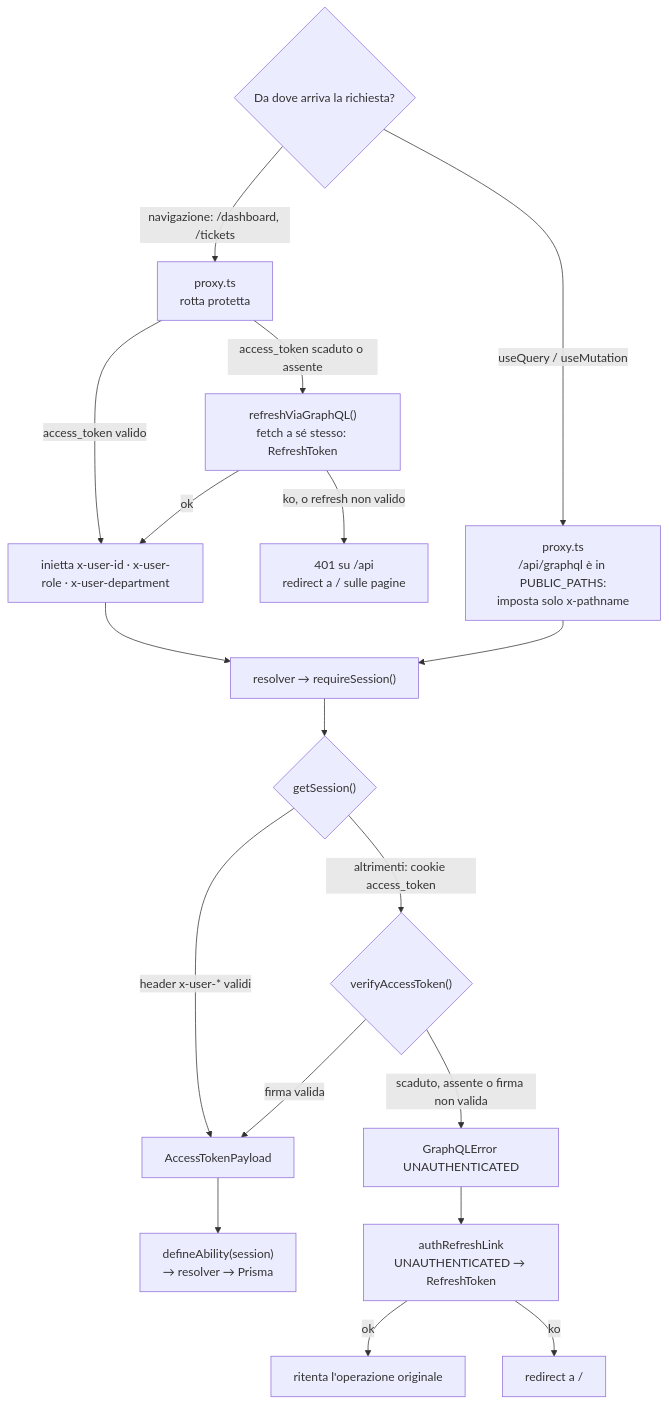
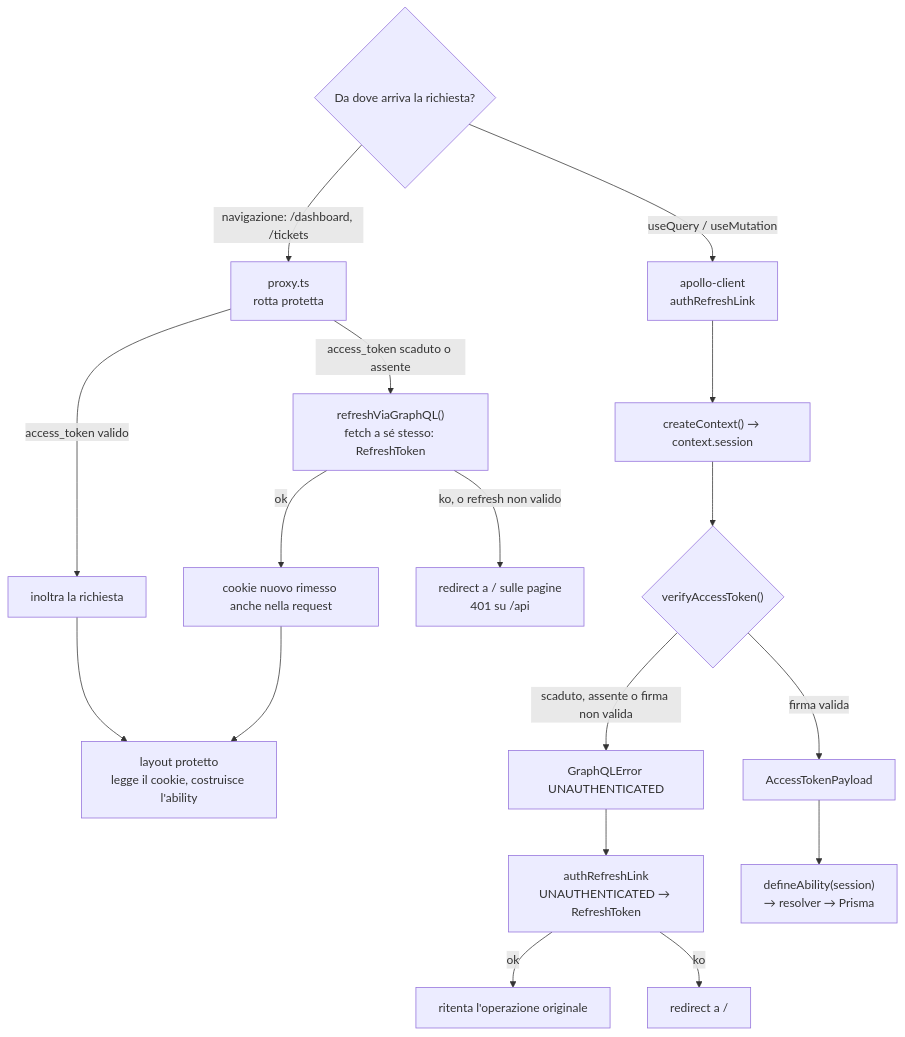
One commit to angelapedicini/helpdesk changed the second of 2 diagrams in docs/architecture/auth.md. Above: the diagram before and after it, drawn with Mermaid. The commit also changed other lines of this file and 34 other files, not shown here.

Commit message:
aggiunto context meso a posto la documentazione. adesso mi concetro sul resto della documentazione con data flow

````diff
--- a/docs/architecture/auth.md
+++ b/docs/architecture/auth.md
@@ -86,27 +93,25 @@
 ```mermaid
 flowchart TD
   Q{"Da dove arriva la richiesta?"}
 
   Q -->|"navigazione: /dashboard, /tickets"| P1["proxy.ts<br/>rotta protetta"]
-  Q -->|"useQuery / useMutation"| P2["proxy.ts<br/>/api/graphql è in PUBLIC_PATHS:<br/>imposta solo x-pathname"]
+  Q -->|"useQuery / useMutation"| P2["apollo-client<br/>authRefreshLink"]
 
-  P1 -->|access_token valido| H["inietta x-user-id · x-user-role · x-user-department"]
+  P1 -->|access_token valido| RQ["inoltra la richiesta"]
   P1 -->|access_token scaduto o assente| RF["refreshViaGraphQL()<br/>fetch a sé stesso: RefreshToken"]
-  RF -->|ok| H
-  RF -->|ko, o refresh non valido| E401["401 su /api<br/>redirect a / sulle pagine"]
+  RF -->|ok| RW["cookie nuovo rimesso anche nella request"]
+  RF -->|ko, o refresh non valido| E401["redirect a / sulle pagine<br/>401 su /api"]
+  RQ --> LAY["layout protetto<br/>legge il cookie, costruisce l'ability"]
+  RW --> LAY
 
-  P2 --> RS["resolver → requireSession()"]
-  H --> RS
-
-  RS --> SS{"getSession()"}
-  SS -->|"header x-user-* validi"| PAY["AccessTokenPayload"]
-  SS -->|"altrimenti: cookie access_token"| V{"verifyAccessToken()"}
-  V -->|firma valida| PAY
-  V -->|scaduto, assente o firma non valida| NA["GraphQLError UNAUTHENTICATED"]
+  P2 --> RS["createContext() → context.session"]
+  RS --> SS{"verifyAccessToken()"}
+  SS -->|firma valida| PAY["AccessTokenPayload"]
+  SS -->|scaduto, assente o firma non valida| NA["GraphQLError UNAUTHENTICATED"]
 
   NA --> RL["authRefreshLink<br/>UNAUTHENTICATED → RefreshToken"]
   RL -->|ok| RT["ritenta l'operazione originale"]
   RL -->|ko| L["redirect a /"]
 
   PAY --> AB["defineAbility(session)<br/>→ resolver → Prisma"]
 ```
````
